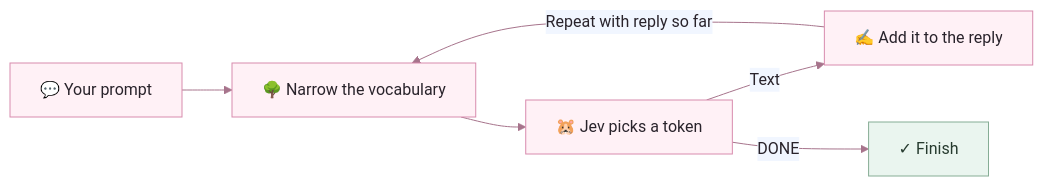
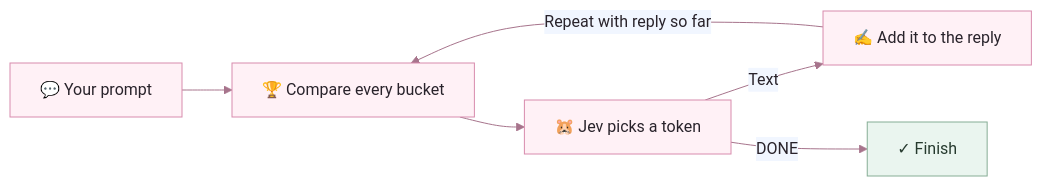
One commit to giga-james/jevgpt changed the diagram in README.md. Above: the diagram before and after it, drawn with Mermaid. The commit also changed other lines of this file and 7 other files, not shown here.

Commit message:
Evaluate full vocabulary with parallel bucket tournaments

````diff
--- a/README.md
+++ b/README.md
@@ -44,10 +44,10 @@
 ```mermaid
 %%{init: {"theme": "base", "themeVariables": {"primaryColor": "#fff1f6", "primaryTextColor": "#29232b", "primaryBorderColor": "#d88bad", "lineColor": "#a7748c", "fontFamily": "sans-serif"}}}%%
 flowchart LR
-    P["💬 Your prompt"] --> N["🌳 Narrow the vocabulary"]
+    P["💬 Your prompt"] --> N["🏆 Compare every bucket"]
     N --> J["🐹 Jev picks a token"]
     J -- "Text" --> A["✍️ Add it to the reply"]
     A -- "Repeat with reply so far" --> N
     J -- "DONE" --> E["✓ Finish"]
     style E fill:#eaf5ef,stroke:#86ad95,color:#263a2e
 ```
````
